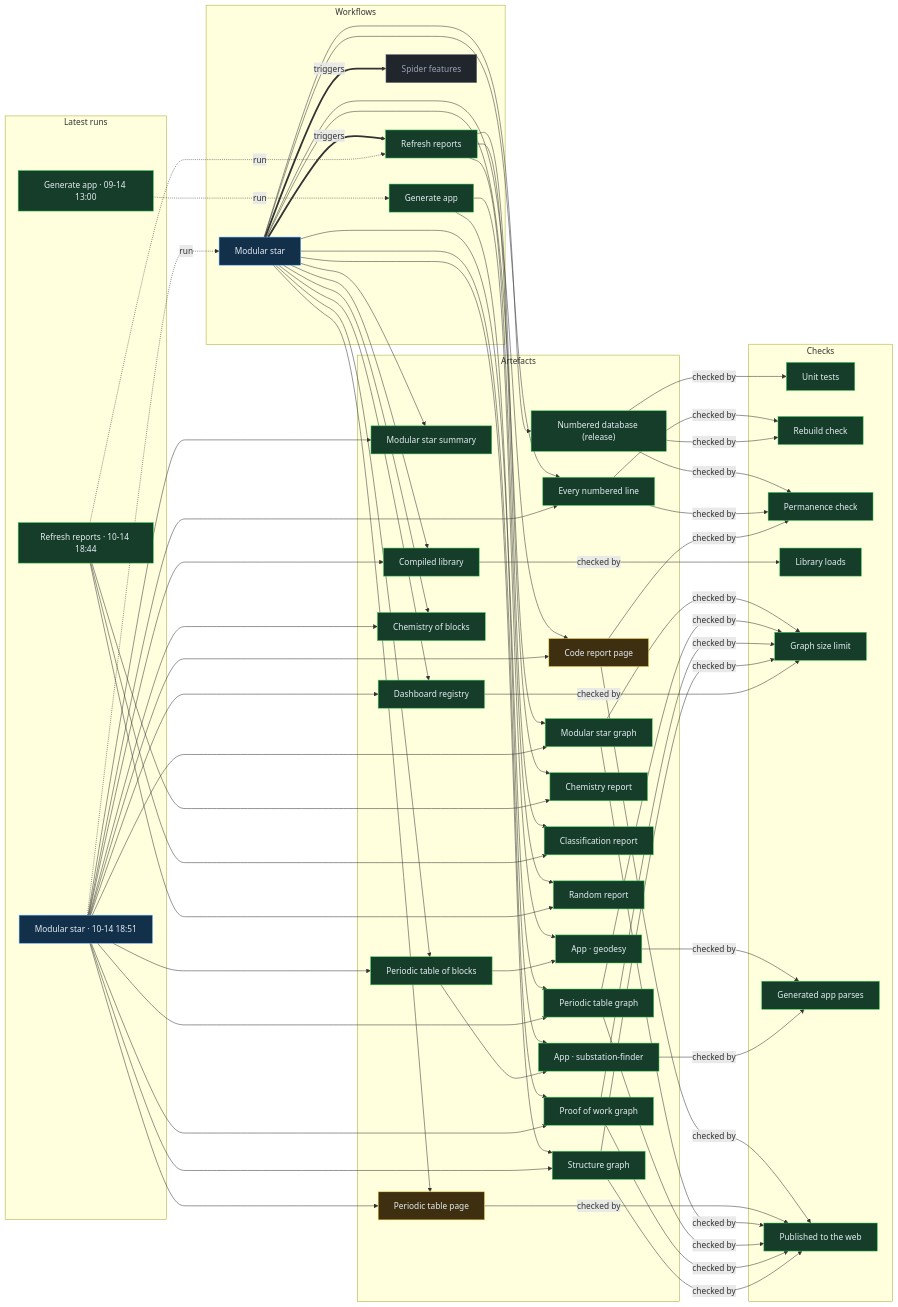
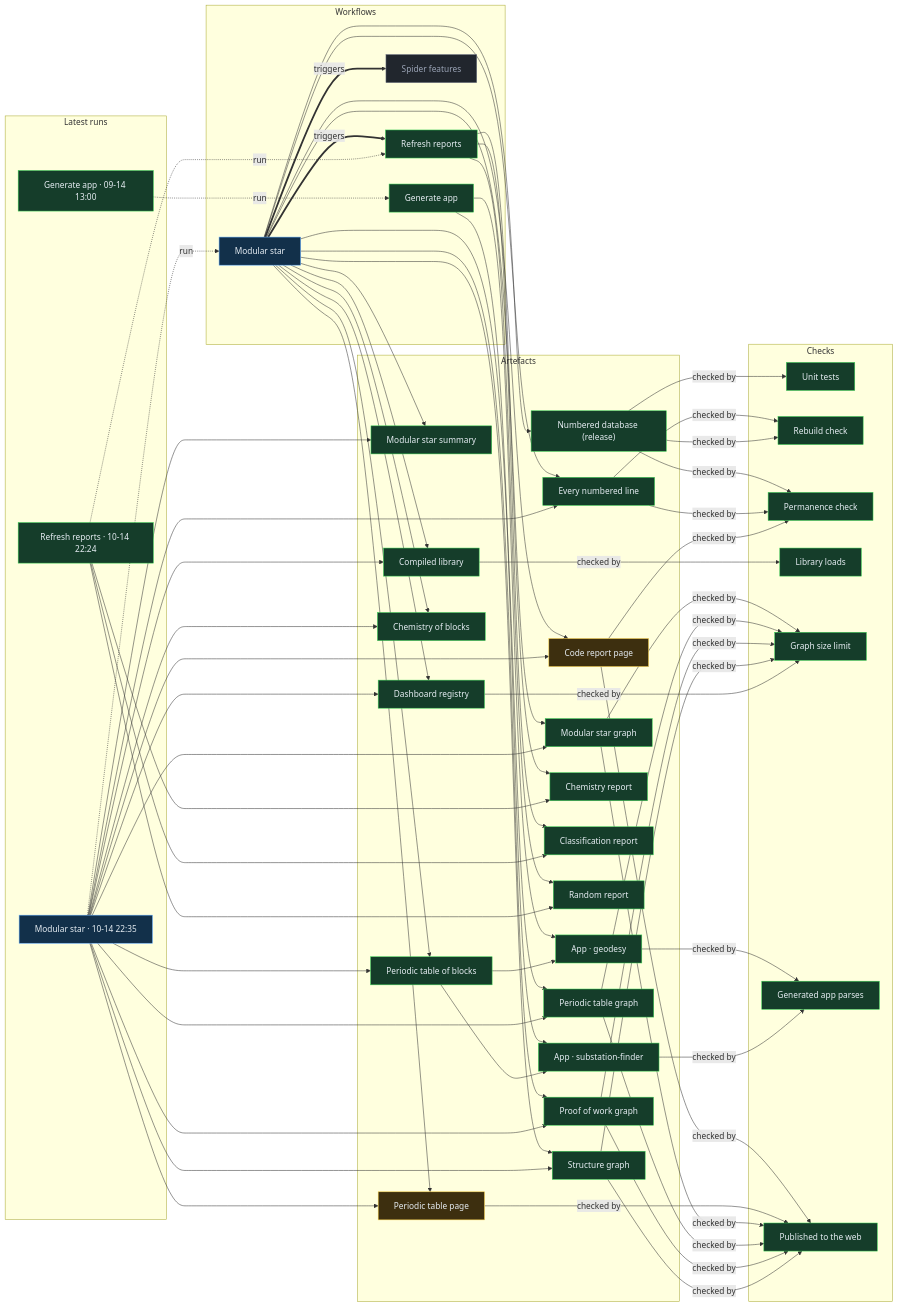
The diagram in proof/PROOF.md (Ventusltd/stars), drawn with Mermaid before and after one commit. The commit also changed other lines of this file and 44 other files, not shown here.

Commit message:
Modular star 2026-10-14T22:37Z

```diff
--- a/proof/PROOF.md
+++ b/proof/PROOF.md
@@ -24,8 +24,8 @@
   n_wf_spider_features["Spider features"]:::off
   end
   subgraph g_runs["Latest runs"]
-  n_run_38618660027["Modular star · 10-14 18:51"]:::live
-  n_run_38617759434["Refresh reports · 10-14 18:44"]:::ok
+  n_run_38648662611["Modular star · 10-14 22:35"]:::live
+  n_run_38647445667["Refresh reports · 10-14 22:24"]:::ok
   n_run_34846587798["Generate app · 09-14 13:00"]:::ok
   end
   subgraph g_artefacts["Artefacts"]
@@ -59,39 +59,39 @@
   end
   n_wf_modular_star == triggers ==> n_wf_refresh
   n_wf_modular_star == triggers ==> n_wf_spider_features
-  n_run_38618660027 -. run .-> n_wf_modular_star
-  n_run_38617759434 -. run .-> n_wf_refresh
+  n_run_38648662611 -. run .-> n_wf_modular_star
+  n_run_38647445667 -. run .-> n_wf_refresh
   n_run_34846587798 -. run .-> n_wf_generate
   n_wf_modular_star --> n_art_summary
-  n_run_38618660027 --> n_art_summary
+  n_run_38648662611 --> n_art_summary
   n_wf_modular_star --> n_art_lines
-  n_run_38618660027 --> n_art_lines
+  n_run_38648662611 --> n_art_lines
   n_wf_modular_star --> n_art_code
-  n_run_38618660027 --> n_art_code
+  n_run_38648662611 --> n_art_code
   n_wf_modular_star --> n_art_modular_graph
-  n_run_38618660027 --> n_art_modular_graph
+  n_run_38648662611 --> n_art_modular_graph
   n_wf_modular_star --> n_art_blocks
-  n_run_38618660027 --> n_art_blocks
+  n_run_38648662611 --> n_art_blocks
   n_wf_modular_star --> n_art_table
-  n_run_38618660027 --> n_art_table
+  n_run_38648662611 --> n_art_table
   n_wf_modular_star --> n_art_blocks_graph
-  n_run_38618660027 --> n_art_blocks_graph
+  n_run_38648662611 --> n_art_blocks_graph
   n_wf_modular_star --> n_art_reactions
-  n_run_38618660027 --> n_art_reactions
+  n_run_38648662611 --> n_art_reactions
   n_wf_modular_star --> n_art_library
-  n_run_38618660027 --> n_art_library
+  n_run_38648662611 --> n_art_library
   n_wf_modular_star --> n_art_features
-  n_run_38618660027 --> n_art_features
+  n_run_38648662611 --> n_art_features
   n_wf_modular_star --> n_art_proof
-  n_run_38618660027 --> n_art_proof
+  n_run_38648662611 --> n_art_proof
   n_wf_modular_star --> n_art_structure
-  n_run_38618660027 --> n_art_structure
+  n_run_38648662611 --> n_art_structure
   n_wf_refresh --> n_art_chemistry
-  n_run_38617759434 --> n_art_chemistry
+  n_run_38647445667 --> n_art_chemistry
   n_wf_refresh --> n_art_vedic
-  n_run_38617759434 --> n_art_vedic
+  n_run_38647445667 --> n_art_vedic
   n_wf_refresh --> n_art_random
-  n_run_38617759434 --> n_art_random
+  n_run_38647445667 --> n_art_random
   n_wf_modular_star --> n_art_release
   n_wf_generate --> n_app_geodesy
   n_art_blocks --> n_app_geodesy
```
